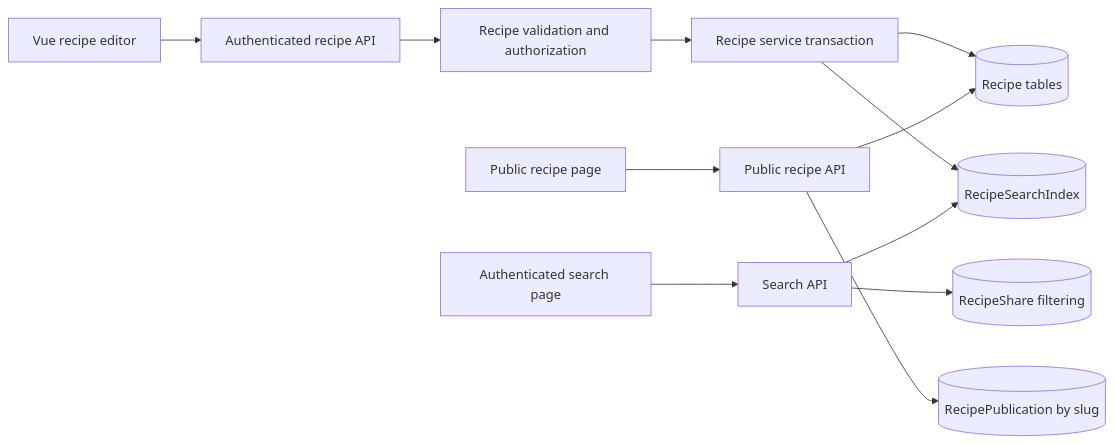
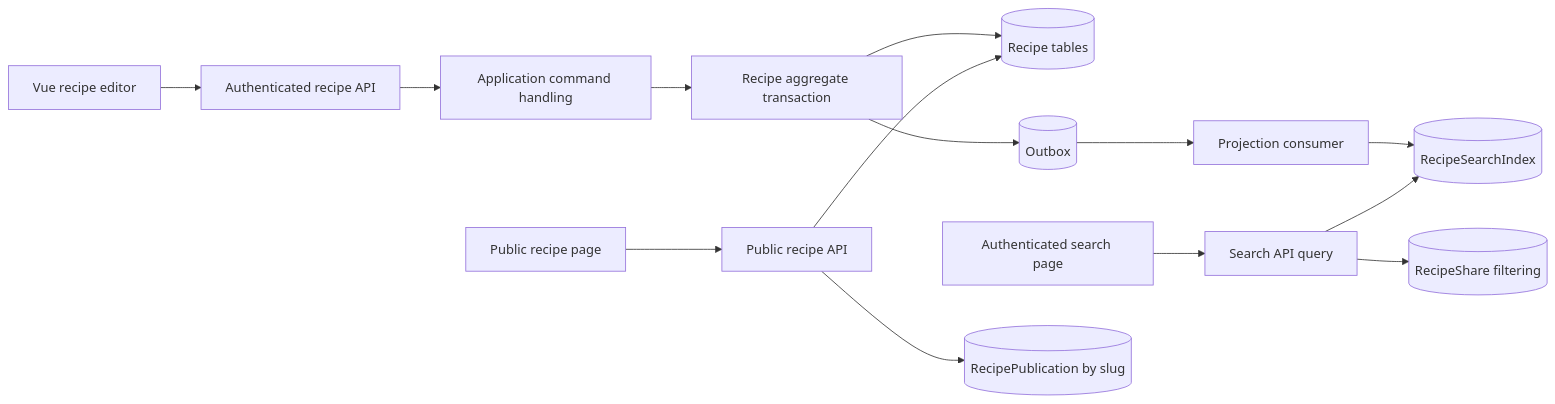
The fourth of 4 diagrams in docs/specs/recipe-creation-target-architecture.md (dgee2/Menu), drawn with Mermaid before and after one commit. The commit also changed other lines of this file, not shown here.

Commit message:
docs: add ddd and async projection architecture

````diff
--- a/docs/specs/recipe-creation-target-architecture.md
+++ b/docs/specs/recipe-creation-target-architecture.md
@@ -1046,14 +1200,16 @@
 ```mermaid
 flowchart LR
     A[Vue recipe editor] --> B[Authenticated recipe API]
-    B --> C[Recipe validation and authorization]
-    C --> D[Recipe service transaction]
+    B --> C[Application command handling]
+    C --> D[Recipe aggregate transaction]
     D --> E[(Recipe tables)]
-    D --> F[(RecipeSearchIndex)]
-    G[Authenticated search page] --> H[Search API]
-    H --> F
-    H --> I[(RecipeShare filtering)]
-    J[Public recipe page] --> K[Public recipe API]
-    K --> L[(RecipePublication by slug)]
-    K --> E
+    D --> F[(Outbox)]
+    F --> G[Projection consumer]
+    G --> H[(RecipeSearchIndex)]
+    I[Authenticated search page] --> J[Search API query]
+    J --> H
+    J --> K[(RecipeShare filtering)]
+    L[Public recipe page] --> M[Public recipe API]
+    M --> N[(RecipePublication by slug)]
+    M --> E
 ```
````
